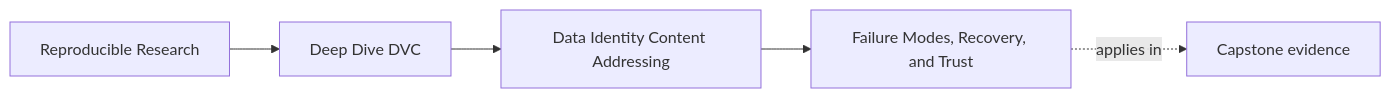
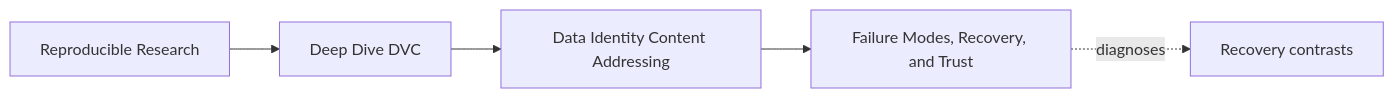
One commit to bijux/bijux-masterclass changed the first of 4 diagrams in programs/reproducible-research/deep-dive-dvc/course-book/module-02-data-identity-content-addressing/failure-modes-recovery-and-trust.md. Above: the diagram before and after it, drawn with Mermaid. The commit also changed other lines of this file, not shown here.

Commit message:
docs(dvc): diagnose recovery from surviving data layers

````diff
--- a/programs/reproducible-research/deep-dive-dvc/course-book/module-02-data-identity-content-addressing/failure-modes-recovery-and-trust.md
+++ b/programs/reproducible-research/deep-dive-dvc/course-book/module-02-data-identity-content-addressing/failure-modes-recovery-and-trust.md
@@ -7,11 +6,11 @@
 ```mermaid
 graph LR
   family["Reproducible Research"]
   program["Deep Dive DVC"]
   section["Data Identity Content Addressing"]
   page["Failure Modes, Recovery, and Trust"]
-  capstone["Capstone evidence"]
+  capstone["Recovery contrasts"]
 
   family --> program --> section --> page
-  page -.applies in.-> capstone
+  page -.diagnoses.-> capstone
 ```
````
